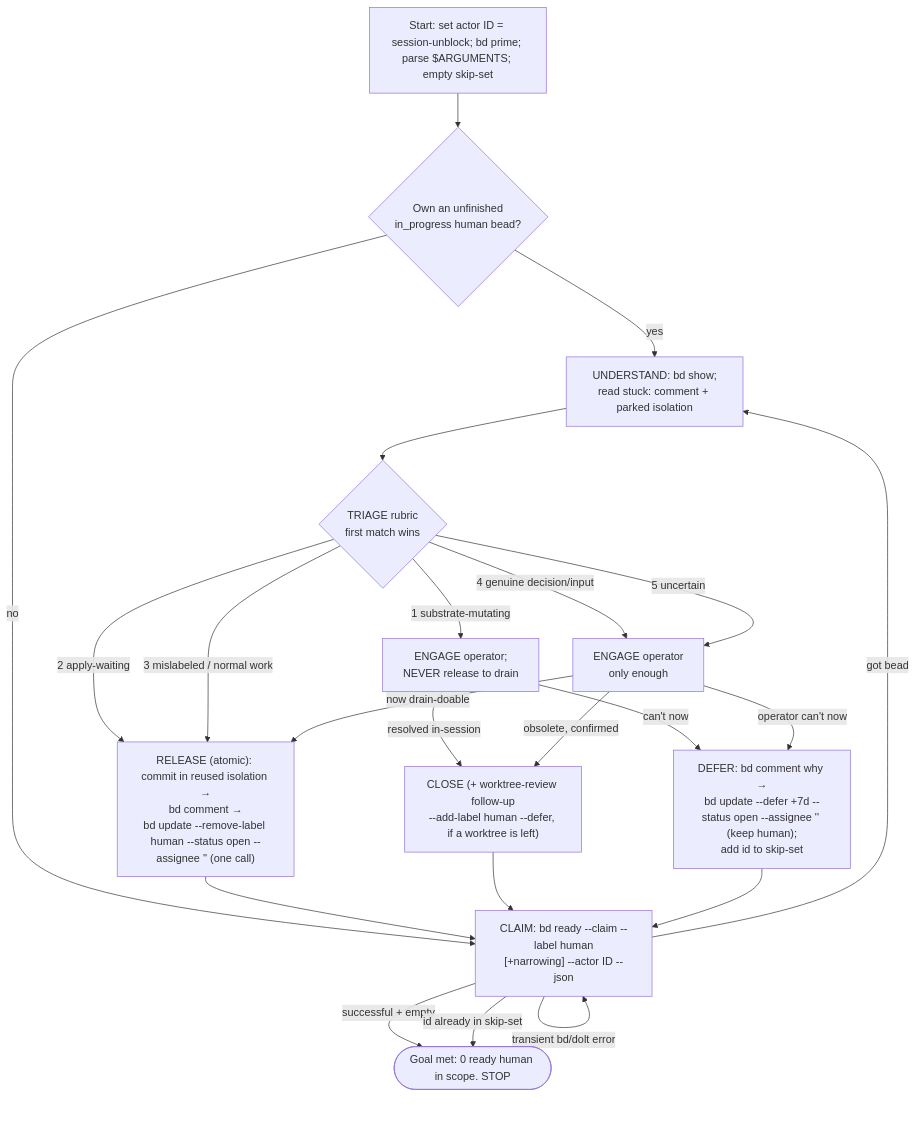
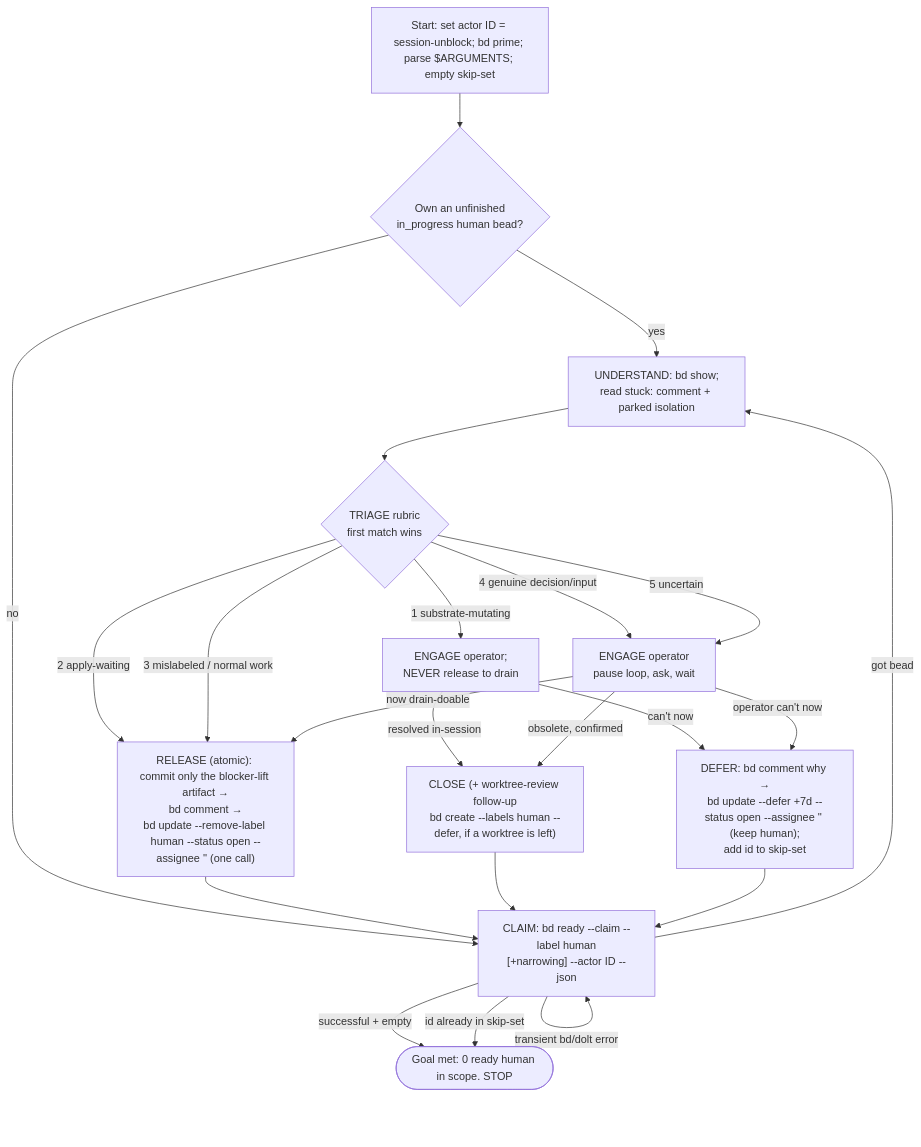
Before and after one commit to phillipgreenii/nix-agent-support: the diagram in claude-marketplace/pb/commands/unblock-human-beads.md, drawn with Mermaid. The commit also changed other lines of this file and 2 other files, not shown here.

First line of the commit message:
fix(pb): address correctness + prompt-quality review of unblock-human-beads

````diff
--- a/claude-marketplace/pb/commands/unblock-human-beads.md
+++ b/claude-marketplace/pb/commands/unblock-human-beads.md
@@ -268,24 +255,24 @@
 ```mermaid
 flowchart TD
     A[Start: set actor ID = session-unblock; bd prime; parse $ARGUMENTS; empty skip-set] --> R{Own an unfinished<br/>in_progress human bead?}
     R -- yes --> U
     R -- no --> C["CLAIM: bd ready --claim --label human<br/>[+narrowing] --actor ID --json"]
     C -->|successful + empty| DONE([Goal met: 0 ready human in scope. STOP])
     C -->|id already in skip-set| DONE
     C -->|transient bd/dolt error| C
     C -->|got bead| U["UNDERSTAND: bd show;<br/>read stuck: comment + parked isolation"]
     U --> T{TRIAGE rubric<br/>first match wins}
     T -->|1 substrate-mutating| SUB[ENGAGE operator;<br/>NEVER release to drain]
     T -->|2 apply-waiting| REL
     T -->|3 mislabeled / normal work| REL
-    T -->|4 genuine decision/input| ENG[ENGAGE operator<br/>only enough]
+    T -->|4 genuine decision/input| ENG[ENGAGE operator<br/>pause loop, ask, wait]
     T -->|5 uncertain| ENG
     SUB -->|resolved in-session| CLO
     SUB -->|can't now| DEF
-    ENG -->|now drain-doable| REL["RELEASE (atomic): commit in reused isolation →<br/>bd comment →<br/>bd update --remove-label human --status open --assignee '' (one call)"]
-    ENG -->|obsolete, confirmed| CLO["CLOSE (+ worktree-review follow-up<br/>--add-label human --defer, if a worktree is left)"]
+    ENG -->|now drain-doable| REL["RELEASE (atomic): commit only the blocker-lift artifact →<br/>bd comment →<br/>bd update --remove-label human --status open --assignee '' (one call)"]
+    ENG -->|obsolete, confirmed| CLO["CLOSE (+ worktree-review follow-up<br/>bd create --labels human --defer, if a worktree is left)"]
     ENG -->|operator can't now| DEF["DEFER: bd comment why →<br/>bd update --defer +7d --status open --assignee '' (keep human);<br/>add id to skip-set"]
     REL --> C
     CLO --> C
     DEF --> C
 ```
````
